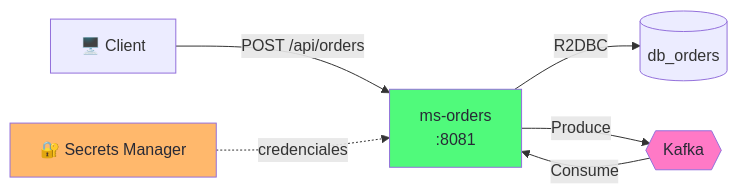
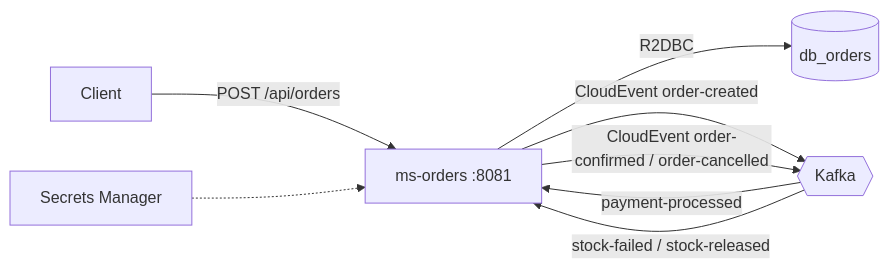
The diagram in lab_2_arka_microservicios_reactivos/docs/modulos/06-ms-orders-implementacion.md (ManuLasker/enyoi_java_slides), drawn with Mermaid before and after one commit. The commit also changed other lines of this file and 2 other files, not shown here.

Commit message:
finish ms-orders

````diff
--- a/lab_2_arka_microservicios_reactivos/docs/modulos/06-ms-orders-implementacion.md
+++ b/lab_2_arka_microservicios_reactivos/docs/modulos/06-ms-orders-implementacion.md
@@ -19,12 +24,10 @@
 ```mermaid
 flowchart LR
-    CLIENT[🖥️ Client] -->|POST /api/orders| MS[ms-orders<br>:8081]
-    MS -->|R2DBC| DB[(db_orders)]
-    MS -->|Produce| K{{Kafka}}
-    K -->|Consume| MS
-    SM[🔐 Secrets Manager] -.->|credenciales| MS
-
-    style MS fill:#50fa7b,color:#282a36
-    style K fill:#ff79c6,color:#282a36
-    style SM fill:#ffb86c,color:#282a36
+    C[Client] -->|POST /api/orders| O[ms-orders :8081]
+    O -->|R2DBC| DB[(db_orders)]
+    O -->|CloudEvent order-created| K{{Kafka}}
+    K -->|payment-processed| O
+    K -->|stock-failed / stock-released| O
+    O -->|CloudEvent order-confirmed / order-cancelled| K
+    S[Secrets Manager] -.-> O
 ```
````
